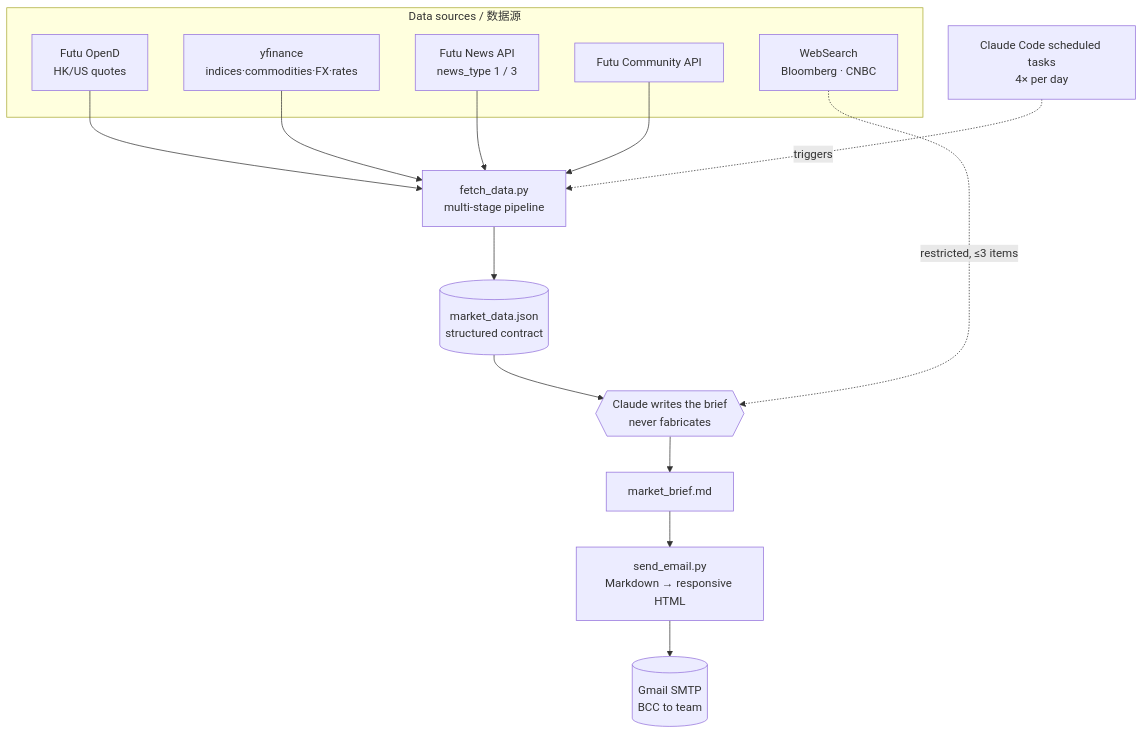
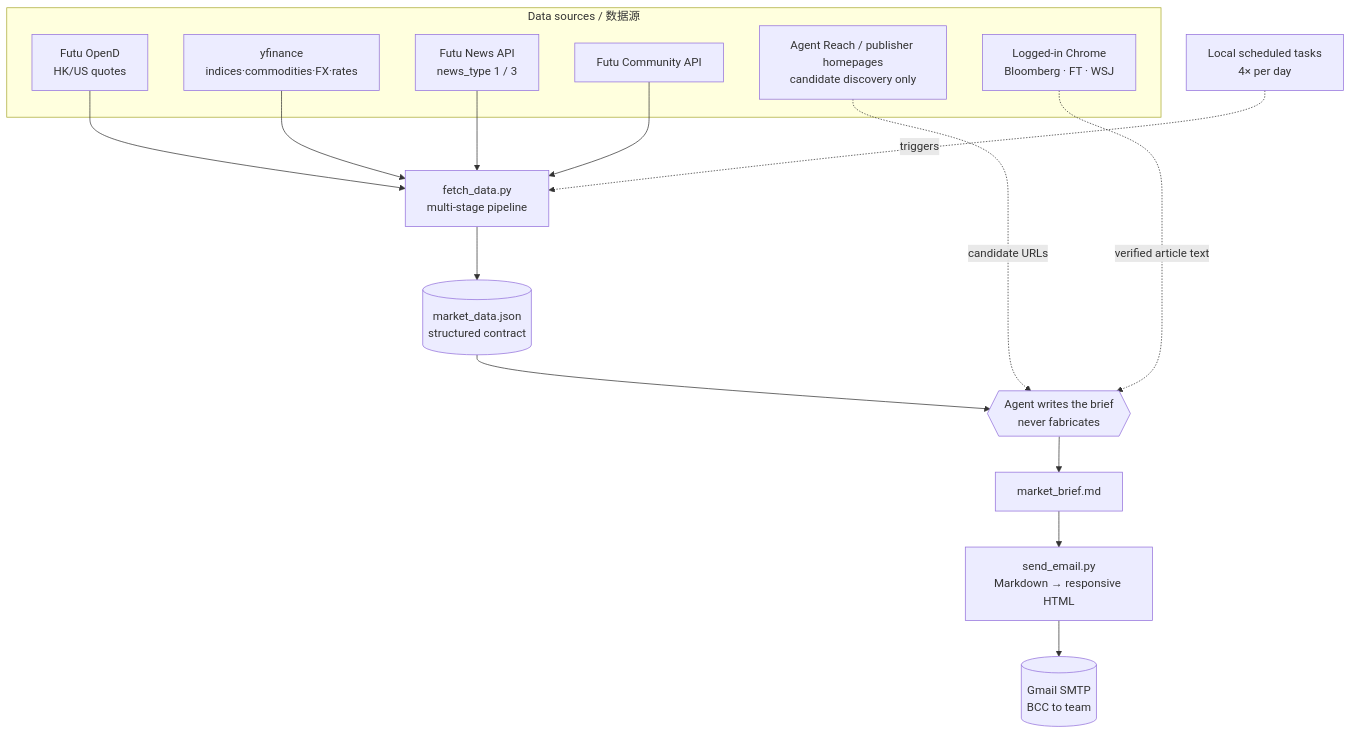
Before and after one commit to hiharryyim/market-brief: the diagram in docs/architecture.md, drawn with Mermaid. The commit also changed other lines of this file and 13 other files, not shown here.

````diff
--- a/docs/architecture.md
+++ b/docs/architecture.md
@@ -11,20 +11,22 @@
 ```mermaid
 flowchart TD
     subgraph Sources[Data sources / 数据源]
         F[Futu OpenD<br/>HK/US quotes]
         Y[yfinance<br/>indices·commodities·FX·rates]
         FN[Futu News API<br/>news_type 1 / 3]
         FC[Futu Community API]
-        W[WebSearch<br/>Bloomberg · CNBC]
+        D[Agent Reach / publisher homepages<br/>candidate discovery only]
+        C[Logged-in Chrome<br/>Bloomberg · FT · WSJ]
     end
 
     F & Y & FN & FC --> P[fetch_data.py<br/>multi-stage pipeline]
     P --> J[(market_data.json<br/>structured contract)]
-    J --> AI{{Claude writes the brief<br/>never fabricates}}
-    W -.restricted, ≤3 items.-> AI
+    J --> AI{{Agent writes the brief<br/>never fabricates}}
+    D -.candidate URLs.-> AI
+    C -.verified article text.-> AI
     AI --> MD[market_brief.md]
     MD --> S[send_email.py<br/>Markdown → responsive HTML]
     S --> Mail[(Gmail SMTP<br/>BCC to team)]
 
-    Cron[Claude Code scheduled tasks<br/>4× per day] -.triggers.-> P
+    Cron[Local scheduled tasks<br/>4× per day] -.triggers.-> P
 ```
````
